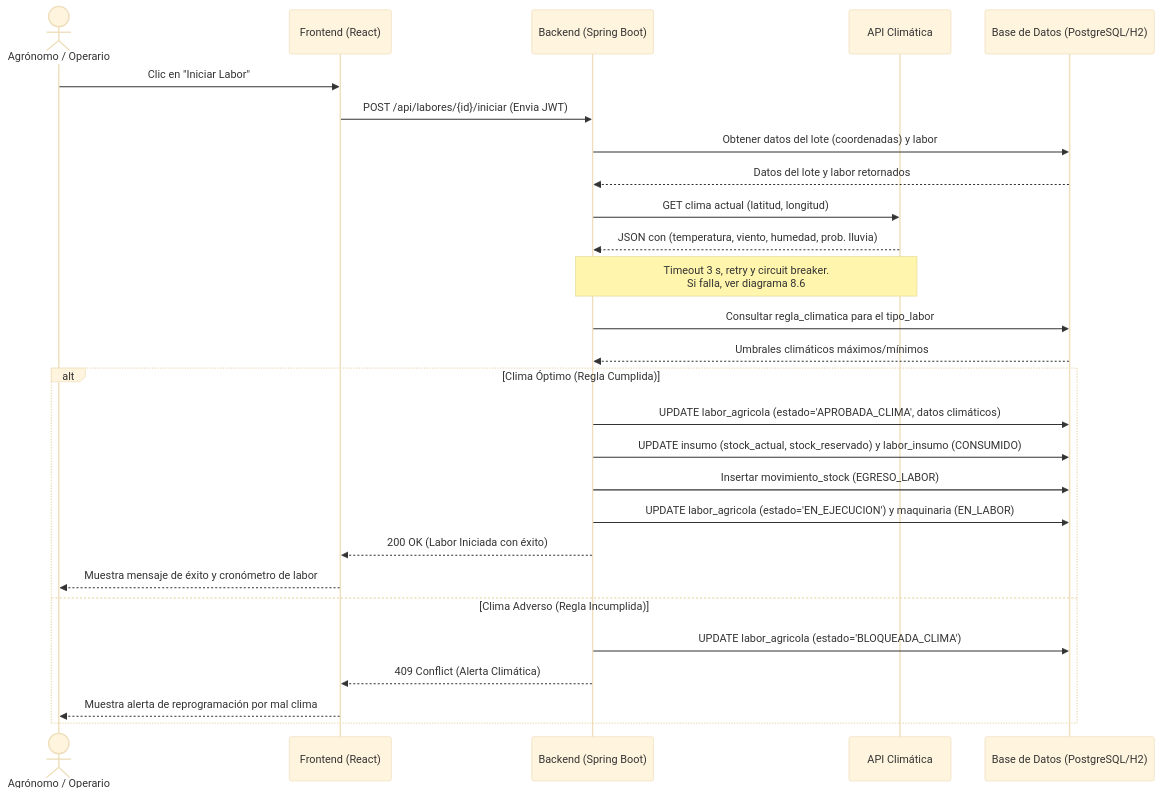
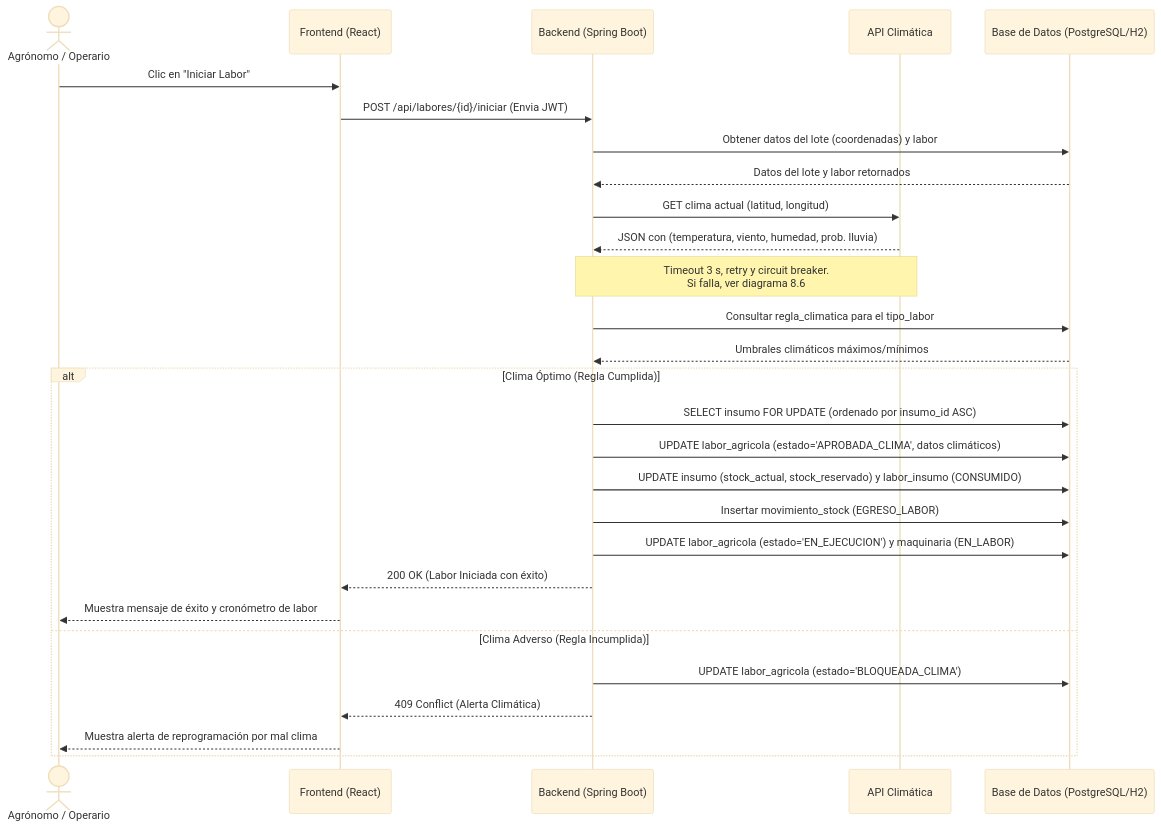
Before and after one commit to EmaRuidiaz/tupad_tfi_grupo_107: the third of 12 diagrams in docs/entrega-2/split_docs/08_diagramas_complementarios.md, drawn with Mermaid (base theme). The commit also changed other lines of this file and 9 other files, not shown here.

Commit message:
docs(entrega-2): incorporar mejoras de la 3ra revision docente (ciclo productivo, concurrencia stock, multiplicidades UML y SLA/backup)

````diff
--- a/docs/entrega-2/split_docs/08_diagramas_complementarios.md
+++ b/docs/entrega-2/split_docs/08_diagramas_complementarios.md
@@ -89,34 +89,35 @@
 ```mermaid
 sequenceDiagram
     actor Agro as Agrónomo / Operario
     participant UI as Frontend (React)
     participant API as Backend (Spring Boot)
     participant Ext as API Climática
     participant DB as Base de Datos (PostgreSQL/H2)
 
     Agro->>UI: Clic en "Iniciar Labor"
     UI->>API: POST /api/labores/{id}/iniciar (Envia JWT)
     
     API->>DB: Obtener datos del lote (coordenadas) y labor
     DB-->>API: Datos del lote y labor retornados
     
     API->>Ext: GET clima actual (latitud, longitud)
     Ext-->>API: JSON con (temperatura, viento, humedad, prob. lluvia)
     Note over API,Ext: Timeout 3 s, retry y circuit breaker.<br/>Si falla, ver diagrama 8.6
     
     API->>DB: Consultar regla_climatica para el tipo_labor
     DB-->>API: Umbrales climáticos máximos/mínimos
     
     alt Clima Óptimo (Regla Cumplida)
+        API->>DB: SELECT insumo FOR UPDATE (ordenado por insumo_id ASC)
         API->>DB: UPDATE labor_agricola (estado='APROBADA_CLIMA', datos climáticos)
         API->>DB: UPDATE insumo (stock_actual, stock_reservado) y labor_insumo (CONSUMIDO)
         API->>DB: Insertar movimiento_stock (EGRESO_LABOR)
         API->>DB: UPDATE labor_agricola (estado='EN_EJECUCION') y maquinaria (EN_LABOR)
         API-->>UI: 200 OK (Labor Iniciada con éxito)
         UI-->>Agro: Muestra mensaje de éxito y cronómetro de labor
     else Clima Adverso (Regla Incumplida)
         API->>DB: UPDATE labor_agricola (estado='BLOQUEADA_CLIMA')
         API-->>UI: 409 Conflict (Alerta Climática)
         UI-->>Agro: Muestra alerta de reprogramación por mal clima
     end
 ```
````
